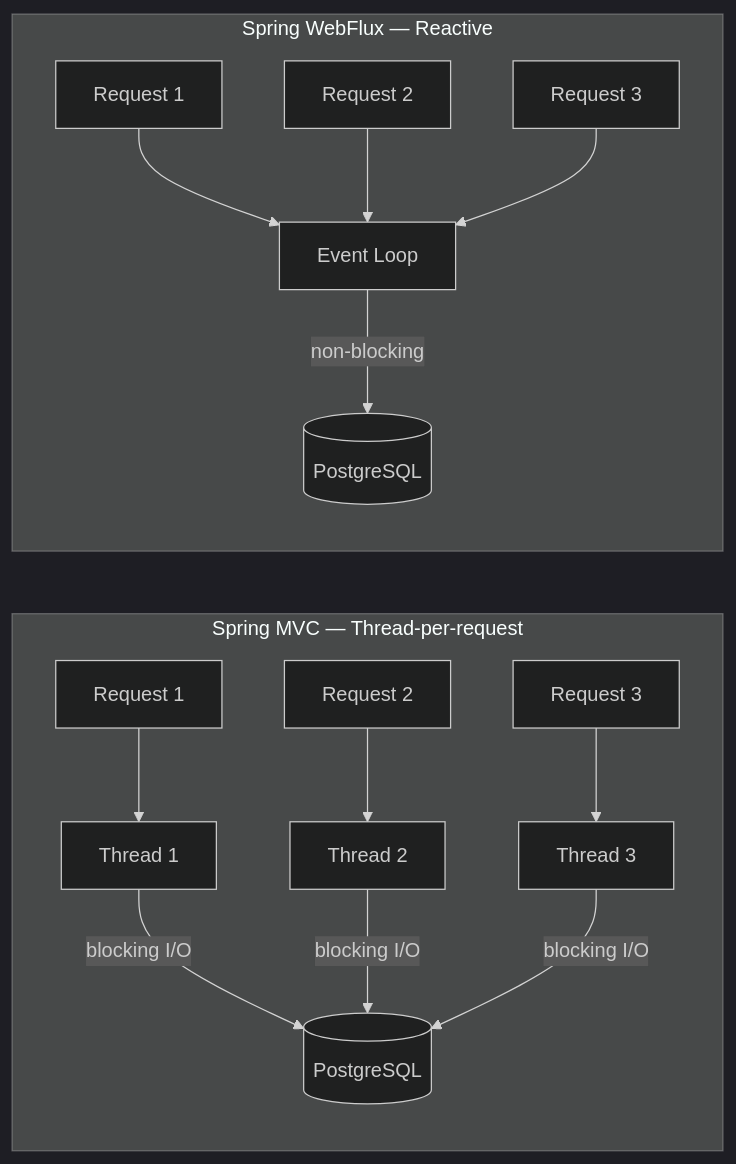
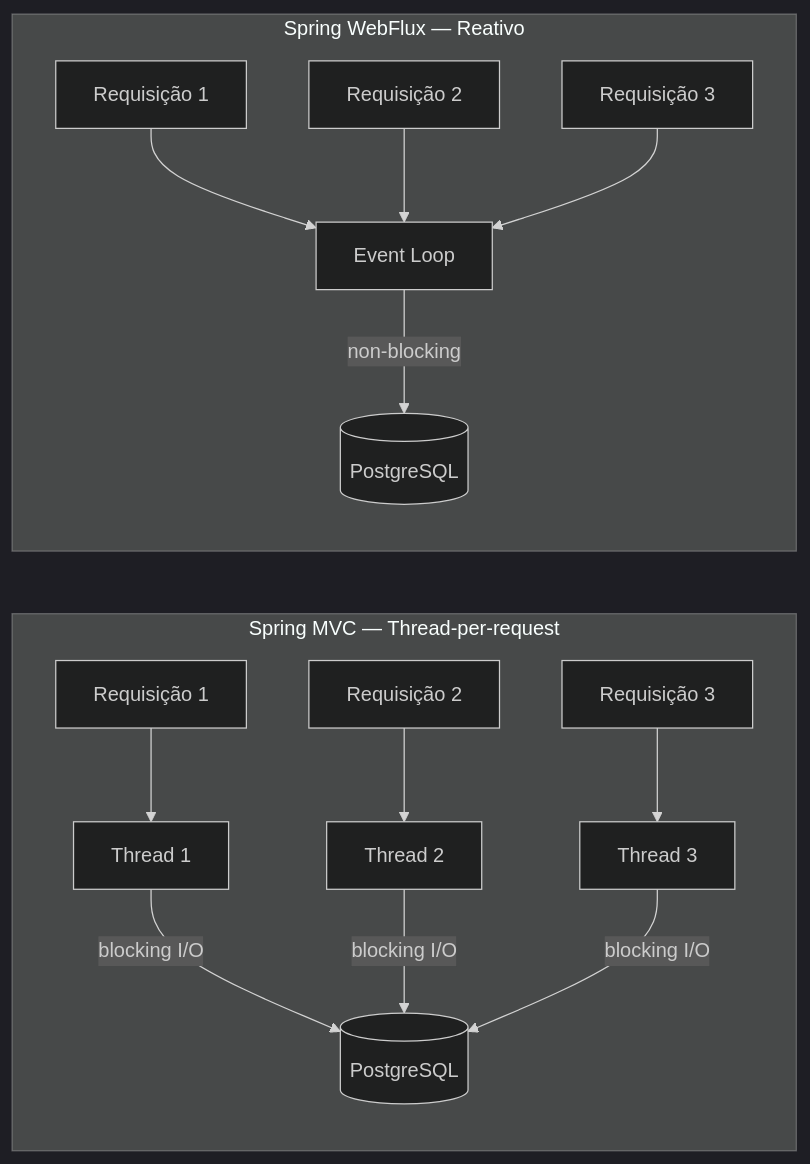
Before and after one commit to Elanoej/web-stack-benchmark: the second of 2 diagrams in README.md, drawn with Mermaid (dark theme). The commit also changed other lines of this file, not shown here.

````diff
--- a/README.md
+++ b/README.md
@@ -92,18 +92,18 @@
 ```mermaid
 flowchart LR
     subgraph MVC["Spring MVC — Thread-per-request"]
-        R1[Request 1] --> T1[Thread 1]
-        R2[Request 2] --> T2[Thread 2]
-        R3[Request 3] --> T3[Thread 3]
+        R1[Requisição 1] --> T1[Thread 1]
+        R2[Requisição 2] --> T2[Thread 2]
+        R3[Requisição 3] --> T3[Thread 3]
         T1 -->|blocking I/O| DB1[(PostgreSQL)]
         T2 -->|blocking I/O| DB1
         T3 -->|blocking I/O| DB1
     end
 
-    subgraph WebFlux["Spring WebFlux — Reactive"]
-        R4[Request 1] --> EL[Event Loop]
-        R5[Request 2] --> EL
-        R6[Request 3] --> EL
+    subgraph WebFlux["Spring WebFlux — Reativo"]
+        R4[Requisição 1] --> EL[Event Loop]
+        R5[Requisição 2] --> EL
+        R6[Requisição 3] --> EL
         EL -->|non-blocking| DB2[(PostgreSQL)]
     end
 ```
````
